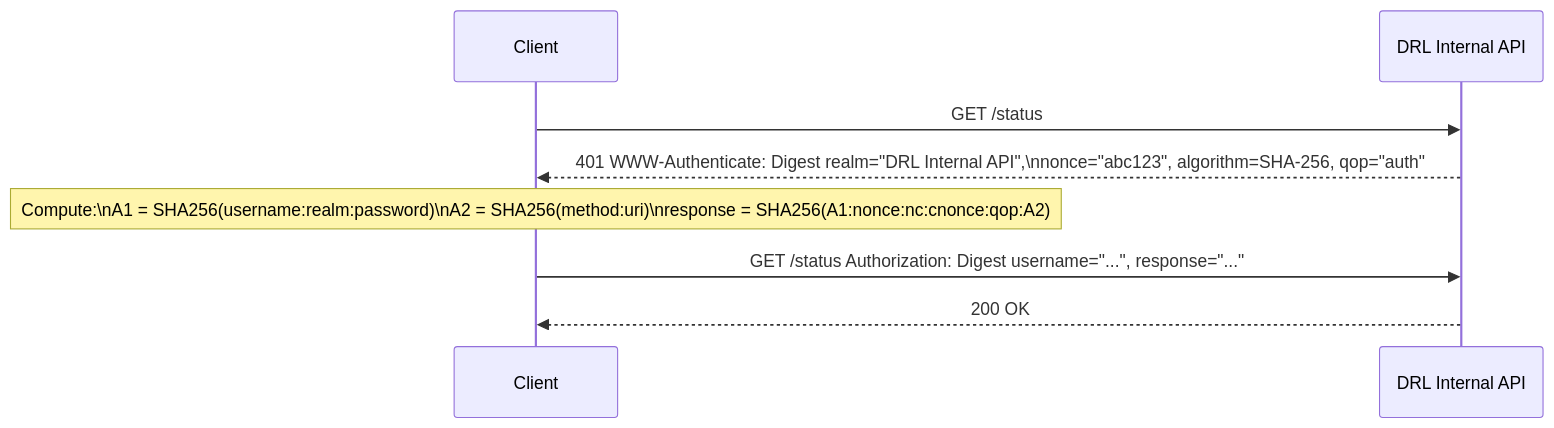
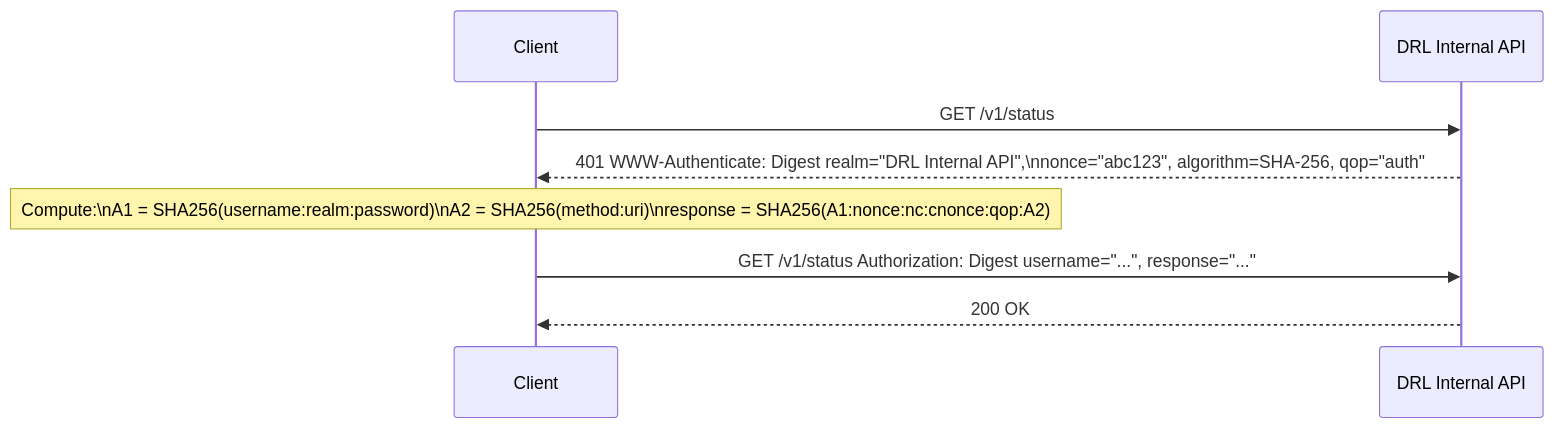
Before and after one commit to gchiesa/drl: the diagram in docs/content/docs/internal-api.md, drawn with Mermaid. The commit also changed other lines of this file and 26 other files, not shown here.

```diff
--- a/docs/content/docs/internal-api.md
+++ b/docs/content/docs/internal-api.md
@@ -32,11 +44,11 @@
 {{< mermaid >}}
 sequenceDiagram
     participant C as Client
     participant S as DRL Internal API
 
-    C->>S: GET /status
+    C->>S: GET /v1/status
     S-->>C: 401 WWW-Authenticate: Digest realm="DRL Internal API",\nnonce="abc123", algorithm=SHA-256, qop="auth"
     Note over C: Compute:\nA1 = SHA256(username:realm:password)\nA2 = SHA256(method:uri)\nresponse = SHA256(A1:nonce:nc:cnonce:qop:A2)
-    C->>S: GET /status Authorization: Digest username="...", response="..."
+    C->>S: GET /v1/status Authorization: Digest username="...", response="..."
     S-->>C: 200 OK
 {{< /mermaid >}}
```
